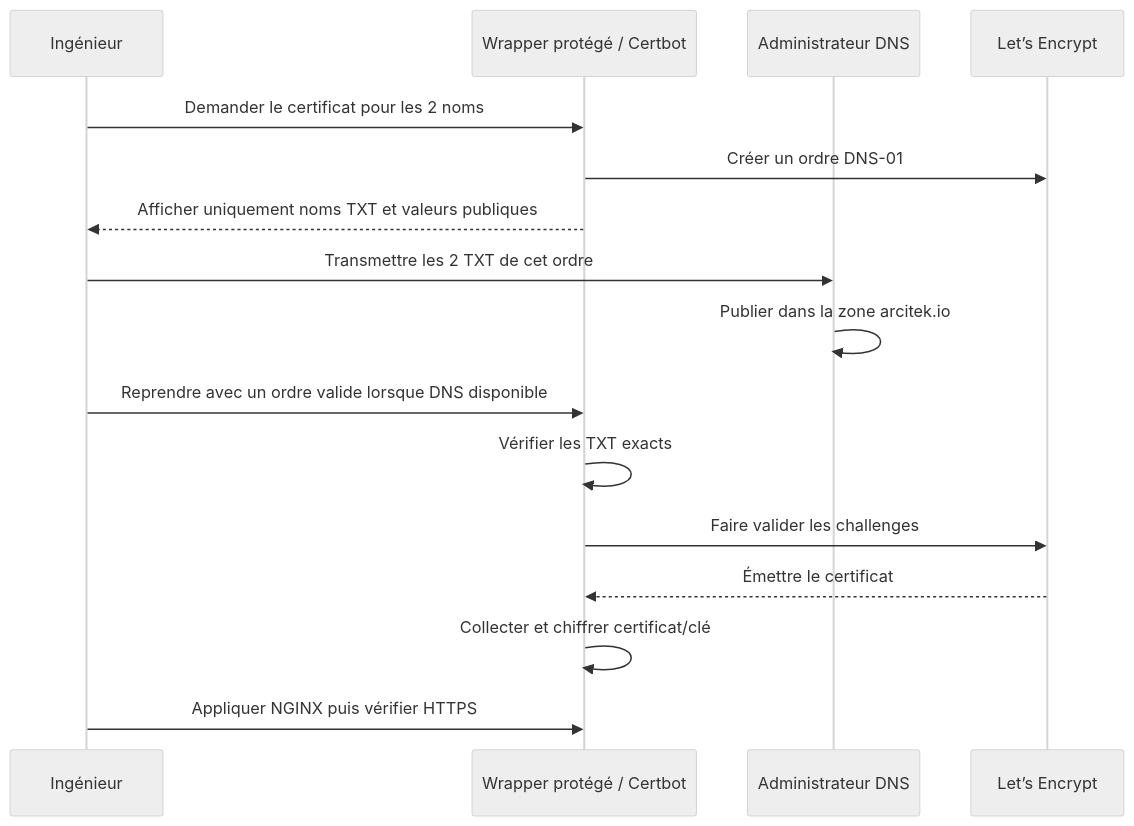
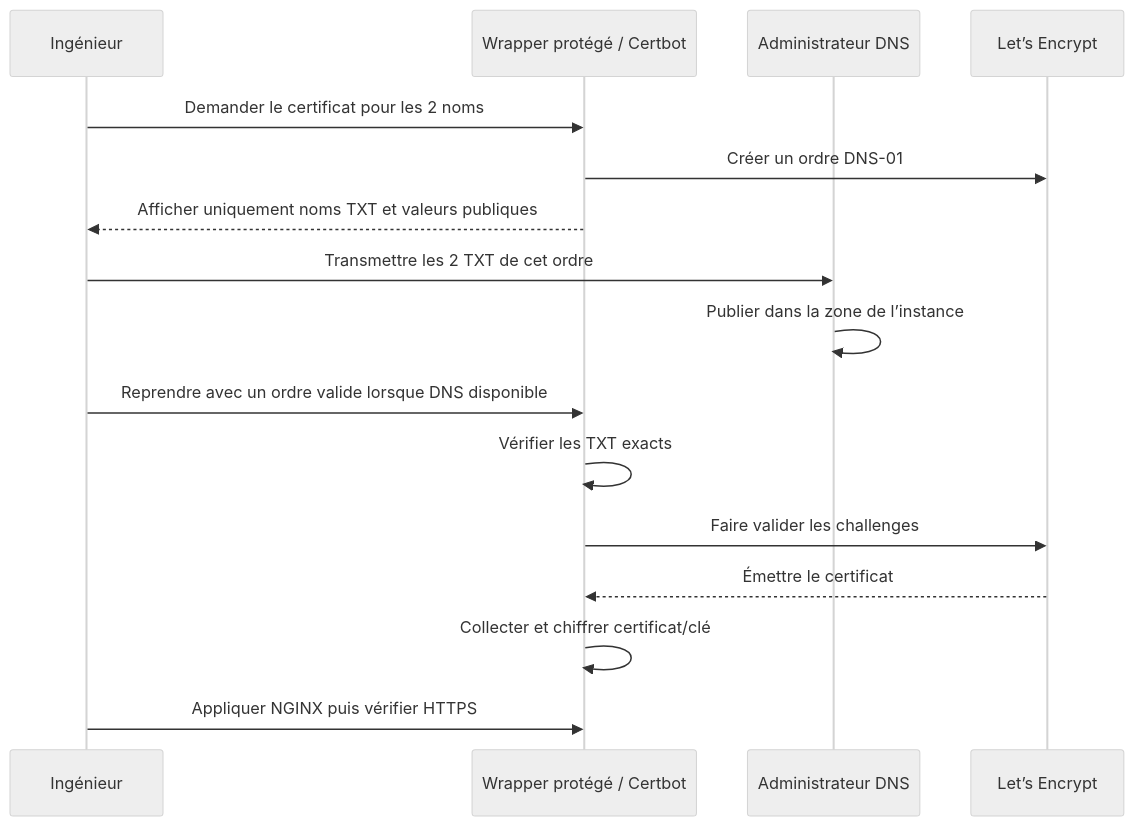
One commit to nicolastheuil/ArcIA changed the diagram in docs/runbooks/certificats-dns.md. Above: the diagram before and after it, drawn with Mermaid (neutral theme). The commit also changed other lines of this file and 115 other files, not shown here.

````diff
--- a/docs/runbooks/certificats-dns.md
+++ b/docs/runbooks/certificats-dns.md
@@ -24,18 +26,18 @@
 ```mermaid
 sequenceDiagram
   participant I as Ingénieur
   participant C as Wrapper protégé / Certbot
   participant A as Administrateur DNS
   participant L as Let’s Encrypt
   I->>C: Demander le certificat pour les 2 noms
   C->>L: Créer un ordre DNS-01
   C-->>I: Afficher uniquement noms TXT et valeurs publiques
   I->>A: Transmettre les 2 TXT de cet ordre
-  A->>A: Publier dans la zone arcitek.io
+  A->>A: Publier dans la zone de l’instance
   I->>C: Reprendre avec un ordre valide lorsque DNS disponible
   C->>C: Vérifier les TXT exacts
   C->>L: Faire valider les challenges
   L-->>C: Émettre le certificat
   C->>C: Collecter et chiffrer certificat/clé
   I->>C: Appliquer NGINX puis vérifier HTTPS
 ```
````
